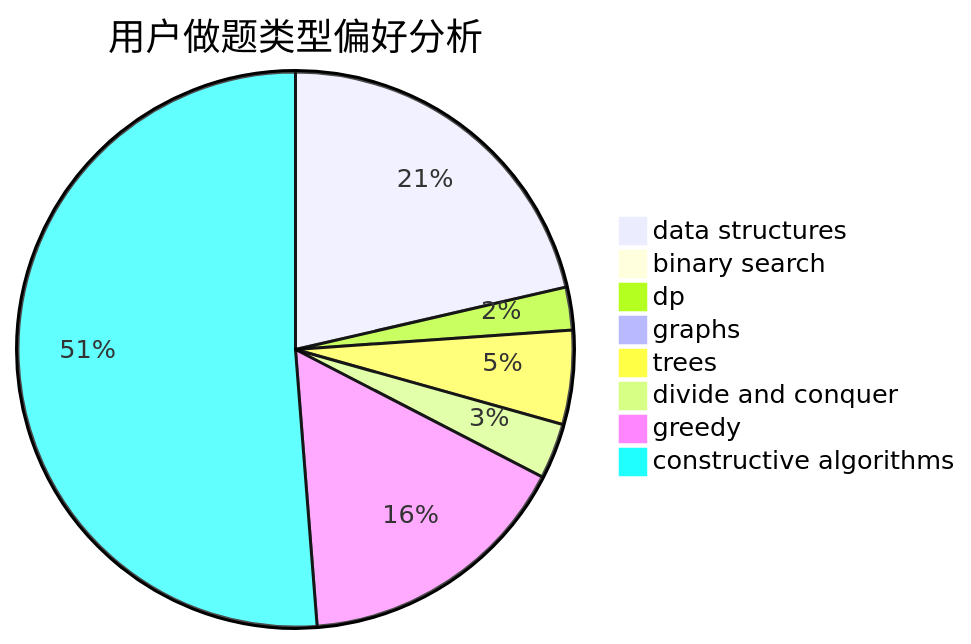
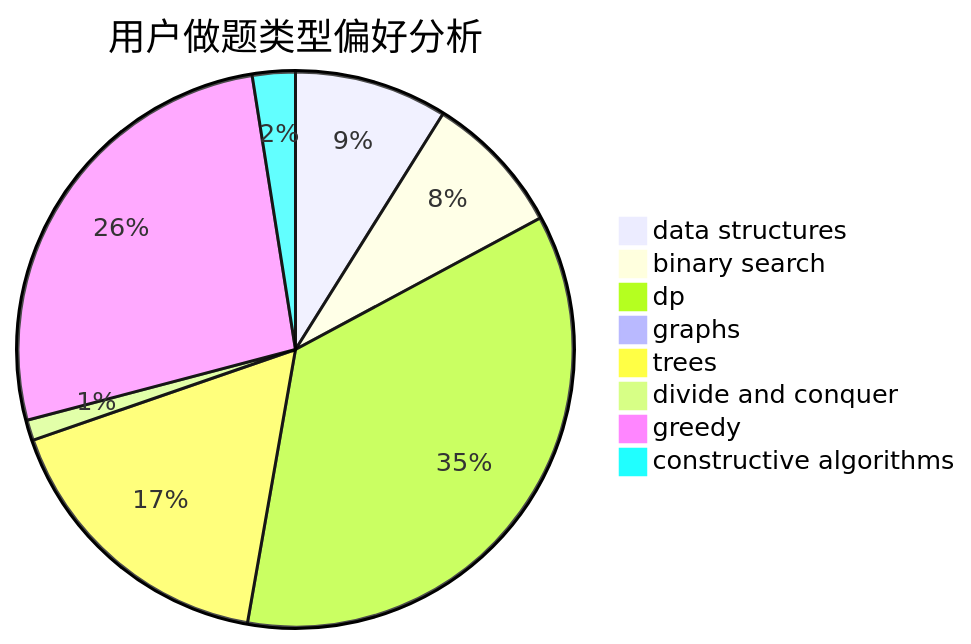
Before and after one commit to sherpahu/cfrs.github.io: the second of 3 diagrams in docs/user/u2745.md, drawn with Mermaid. The commit also changed other lines of this file and 2770 other files, not shown here.

````diff
--- a/docs/user/u2745.md
+++ b/docs/user/u2745.md
@@ -23,11 +23,11 @@
 ```mermaid
 pie title 用户做题类型偏好分析
-    "data structures" :  86
-    "binary search" :  1
-    "dp" :  10
-    "graphs" :  4
-    "trees" :  22
-    "divide and conquer" :  13
-    "greedy" :  65
-    "constructive algorithms" :  206
+    "data structures" :  82
+    "binary search" :  76
+    "dp" :  328
+    "graphs" :  8
+    "trees" :  156
+    "divide and conquer" :  11
+    "greedy" :  245
+    "constructive algorithms" :  23
 ```
````
